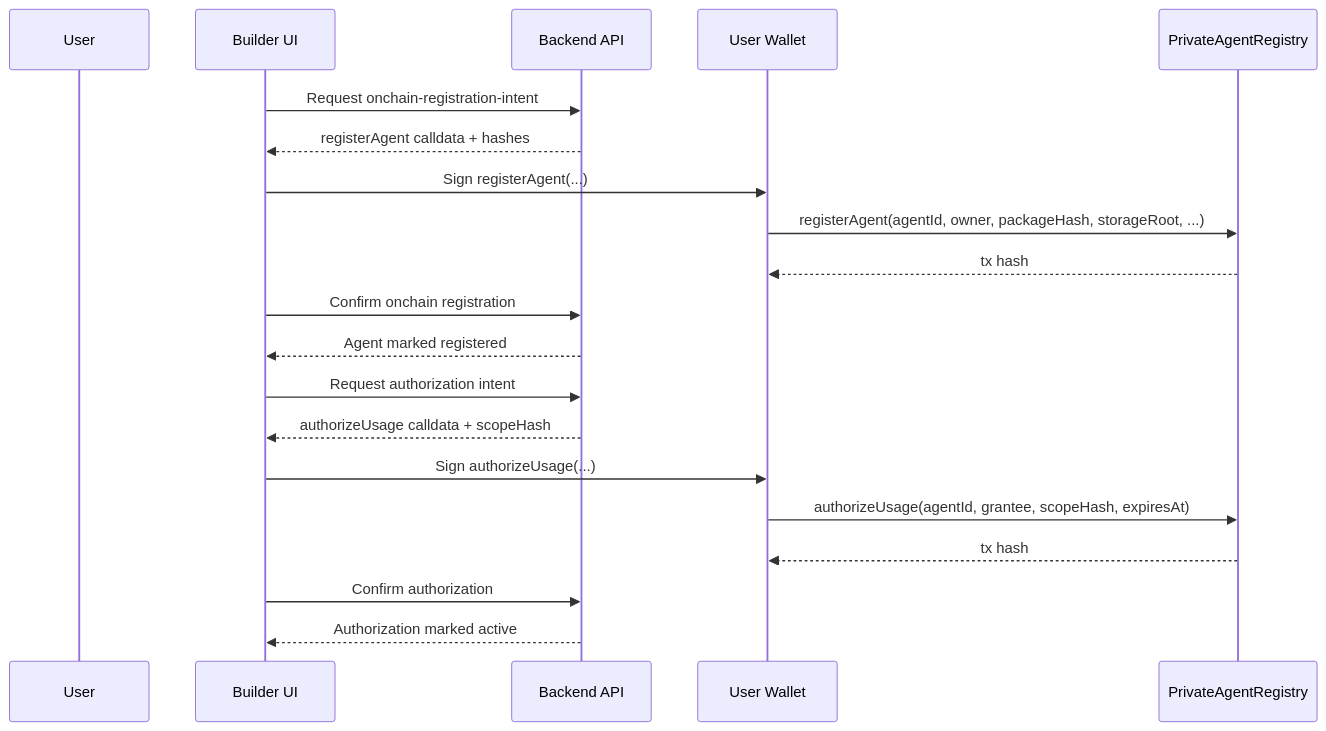
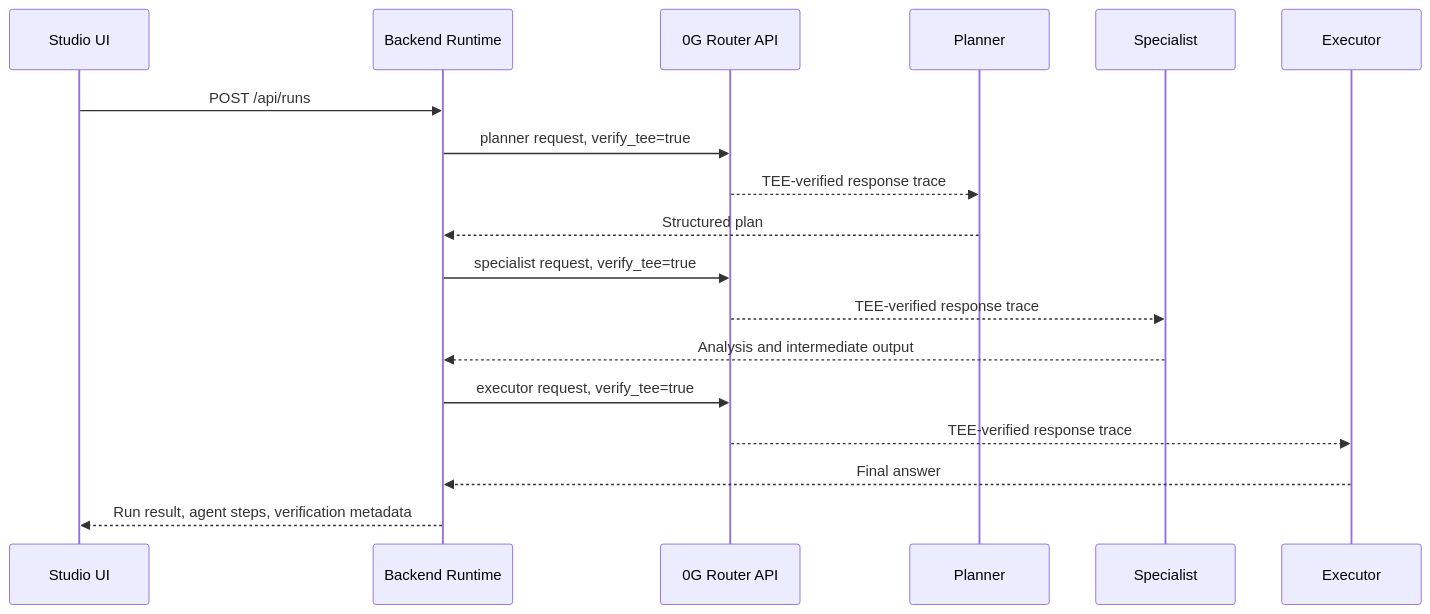
The third of 3 diagrams in ARCHITECTURE.md (N-45div/Private-Agent-Studio), drawn with Mermaid before and after one commit. The commit also changed other lines of this file and 1 other file, not shown here.

Commit message:
docs: polish product story and architecture

````diff
--- a/ARCHITECTURE.md
+++ b/ARCHITECTURE.md
@@ -106,23 +102,24 @@
 ```mermaid
 sequenceDiagram
-    participant User
-    participant UI as Builder UI
-    participant API as Backend API
-    participant Wallet as User Wallet
-    participant Registry as PrivateAgentRegistry
+    participant UI as Studio UI
+    participant API as Backend Runtime
+    participant Router as 0G Router API
+    participant Planner
+    participant Specialist
+    participant Executor
 
-    UI->>API: Request onchain-registration-intent
-    API-->>UI: registerAgent calldata + hashes
-    UI->>Wallet: Sign registerAgent(...)
-    Wallet->>Registry: registerAgent(agentId, owner, packageHash, storageRoot, ...)
-    Registry-->>Wallet: tx hash
-    UI->>API: Confirm onchain registration
-    API-->>UI: Agent marked registered
-    UI->>API: Request authorization intent
-    API-->>UI: authorizeUsage calldata + scopeHash
-    UI->>Wallet: Sign authorizeUsage(...)
-    Wallet->>Registry: authorizeUsage(agentId, grantee, scopeHash, expiresAt)
-    Registry-->>Wallet: tx hash
-    UI->>API: Confirm authorization
-    API-->>UI: Authorization marked active
+    UI->>API: POST /api/runs
+    API->>Router: planner request, verify_tee=true
+    Router-->>Planner: TEE-verified response trace
+    Planner-->>API: Structured plan
+
+    API->>Router: specialist request, verify_tee=true
+    Router-->>Specialist: TEE-verified response trace
+    Specialist-->>API: Analysis and intermediate output
+
+    API->>Router: executor request, verify_tee=true
+    Router-->>Executor: TEE-verified response trace
+    Executor-->>API: Final answer
+
+    API-->>UI: Run result, agent steps, verification metadata
 ```
````
